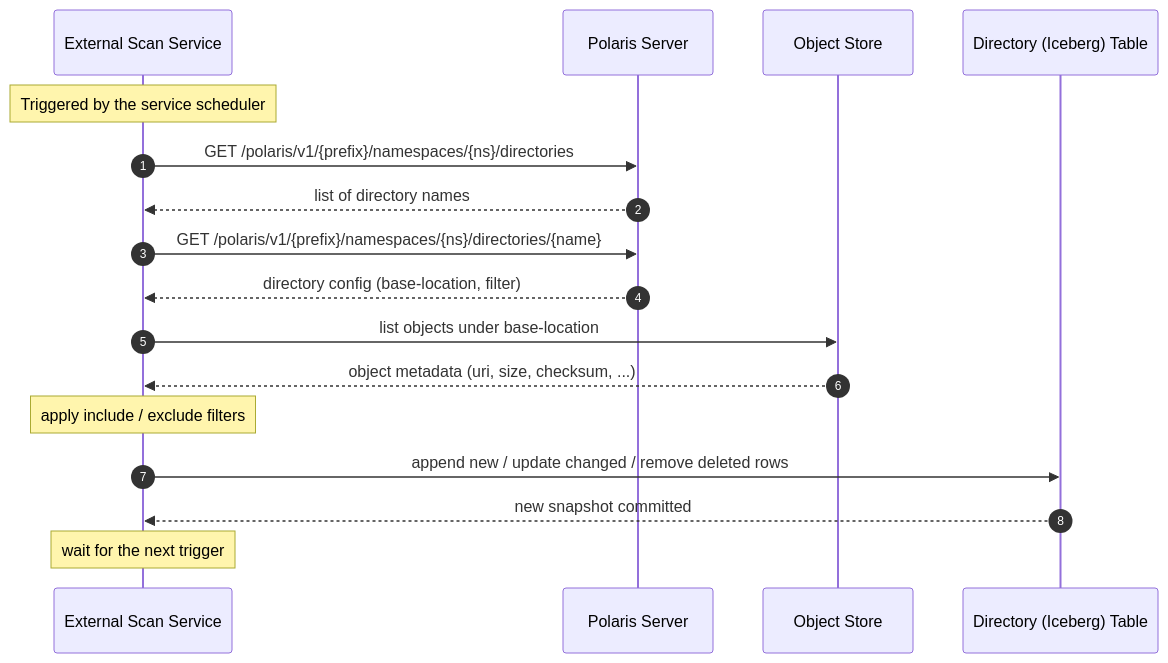
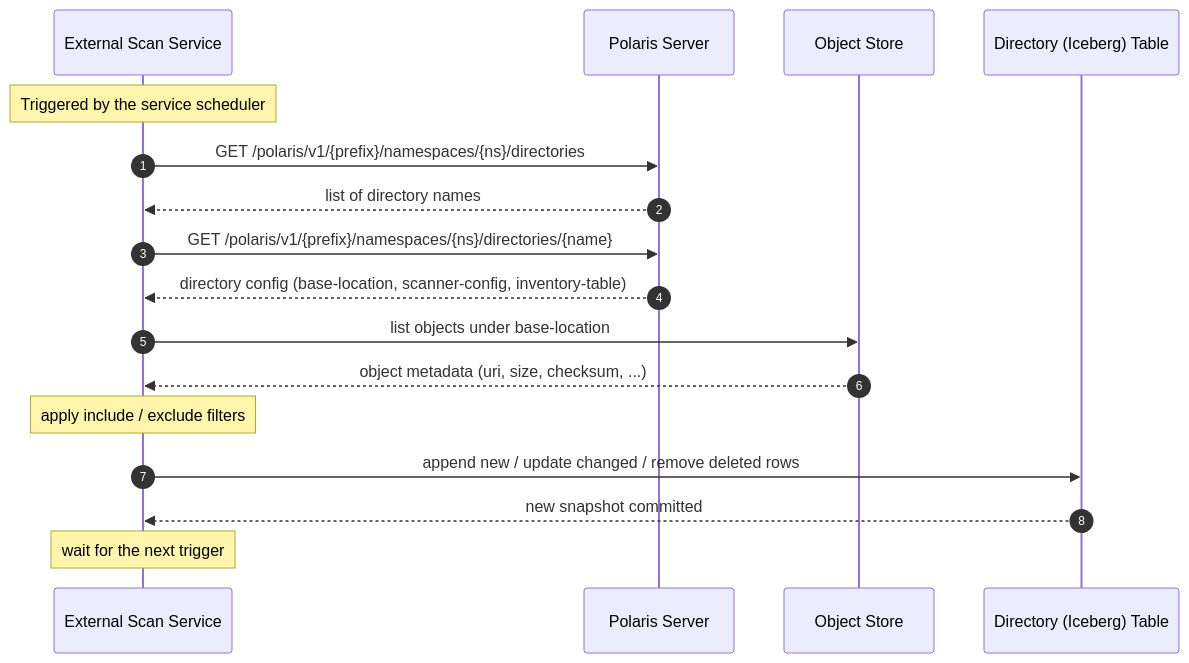
The diagram in site/content/in-dev/unreleased/directories.md (apache/polaris), drawn with Mermaid before and after one commit. The commit also changed other lines of this file and 2 other files, not shown here.

First line of the commit message:
Address review comments on Directories scanner config, inventory table and beta label

````diff
--- a/site/content/in-dev/unreleased/directories.md
+++ b/site/content/in-dev/unreleased/directories.md
@@ -197,23 +217,23 @@
 ```mermaid
 sequenceDiagram
     autonumber
     participant Scanner as External Scan Service
     participant Polaris as Polaris Server
     participant Store as Object Store
     participant Table as Directory (Iceberg) Table
 
     Note over Scanner: Triggered by the service scheduler
     Scanner->>Polaris: GET /polaris/v1/{prefix}/namespaces/{ns}/directories
     Polaris-->>Scanner: list of directory names
     Scanner->>Polaris: GET /polaris/v1/{prefix}/namespaces/{ns}/directories/{name}
-    Polaris-->>Scanner: directory config (base-location, filter)
+    Polaris-->>Scanner: directory config (base-location, scanner-config, inventory-table)
 
     Scanner->>Store: list objects under base-location
     Store-->>Scanner: object metadata (uri, size, checksum, ...)
     Note over Scanner: apply include / exclude filters
 
     Scanner->>Table: append new / update changed / remove deleted rows
     Table-->>Scanner: new snapshot committed
 
     Note over Scanner: wait for the next trigger
 ```
````
